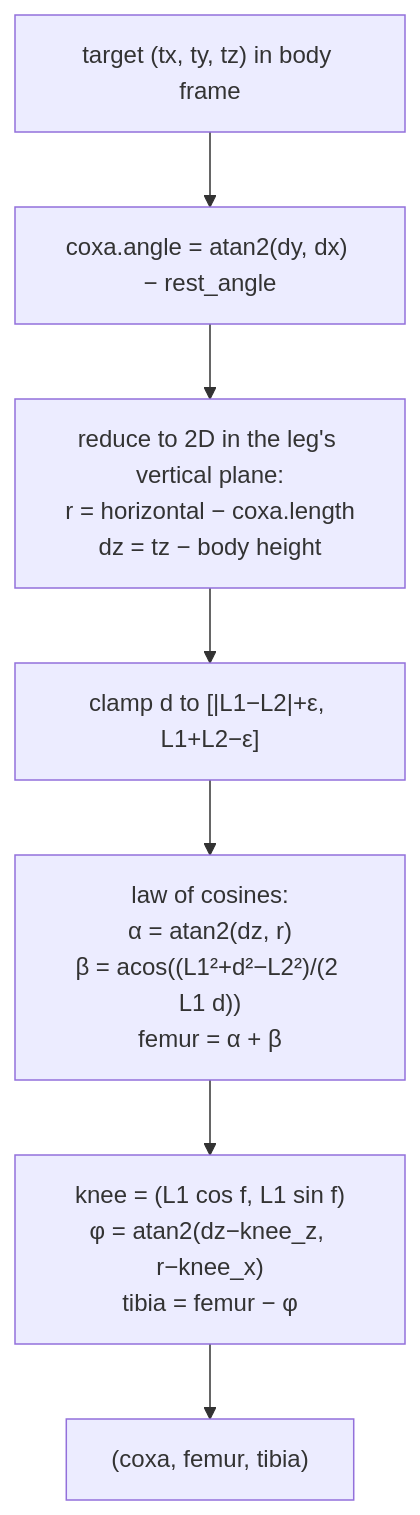
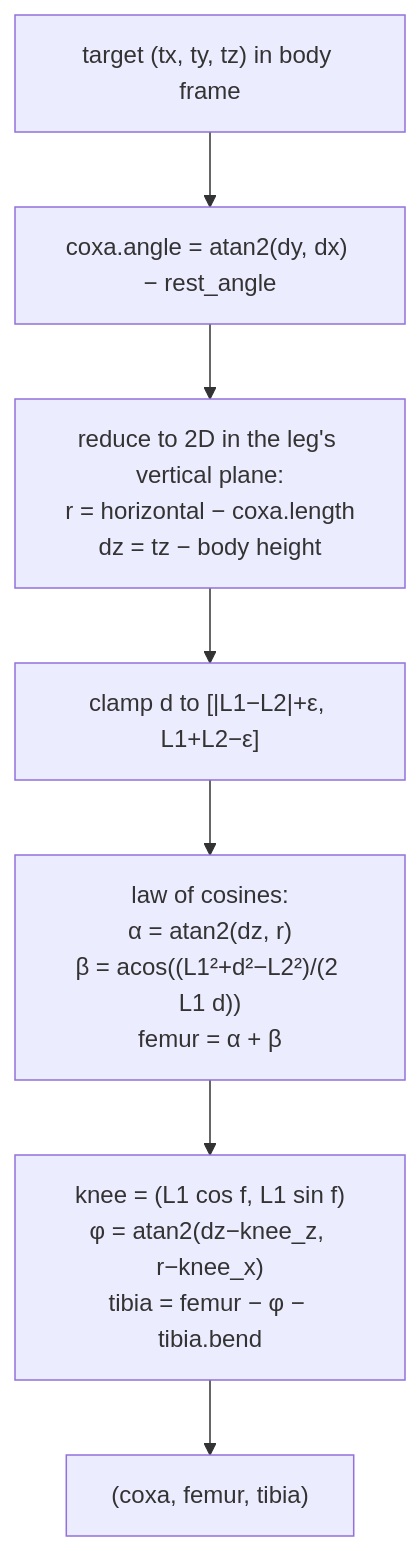
The fifth of 6 diagrams in README.md (traagel/hexapod-simulator), drawn with Mermaid before and after one commit. The commit also changed other lines of this file, not shown here.

````diff
--- a/README.md
+++ b/README.md
@@ -267,12 +293,12 @@
 ```mermaid
 flowchart TB
     Target["target (tx, ty, tz) in body frame"]
     Coxa["coxa.angle = atan2(dy, dx) − rest_angle"]
     Plane["reduce to 2D in the leg's vertical plane:<br/>r = horizontal − coxa.length<br/>dz = tz − body height"]
     Clamp["clamp d to [|L1−L2|+ε, L1+L2−ε]"]
     Solve["law of cosines:<br/>α = atan2(dz, r)<br/>β = acos((L1²+d²−L2²)/(2 L1 d))<br/>femur = α + β"]
-    Tibia["knee = (L1 cos f, L1 sin f)<br/>φ = atan2(dz−knee_z, r−knee_x)<br/>tibia = femur − φ"]
+    Tibia["knee = (L1 cos f, L1 sin f)<br/>φ = atan2(dz−knee_z, r−knee_x)<br/>tibia = femur − φ − tibia.bend"]
     Out["(coxa, femur, tibia)"]
 
     Target --> Coxa --> Plane --> Clamp --> Solve --> Tibia --> Out
 ```
````
